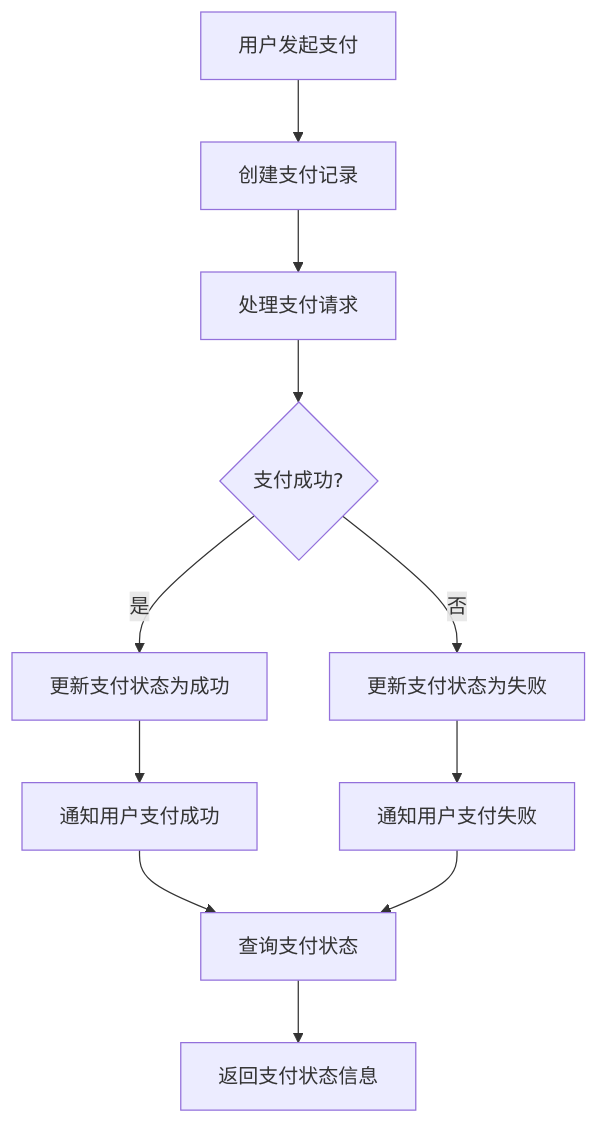
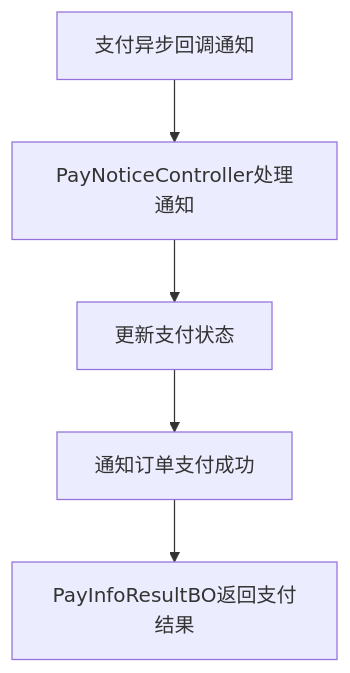
The first of 6 diagrams in aider/templates/mall4cloud-payment/README.md (Symbolk/aider), drawn with Mermaid before and after one commit. The commit also changed other lines of this file and 3 other files, not shown here.

````diff
--- a/aider/templates/mall4cloud-payment/README.md
+++ b/aider/templates/mall4cloud-payment/README.md
@@ -36,13 +34,7 @@
 ```mermaid
 graph TD
-    A[用户发起支付] --> B[创建支付记录]
-    B --> C[处理支付请求]
-    C --> D{支付成功?}
-    D -- 是 --> E[更新支付状态为成功]
-    D -- 否 --> F[更新支付状态为失败]
-    E --> G[通知用户支付成功]
-    F --> H[通知用户支付失败]
-    G --> I[查询支付状态]
-    H --> I
-    I --> J[返回支付状态信息]
+    A[支付异步回调通知] --> B[PayNoticeController处理通知]
+    B --> C[更新支付状态]
+    C --> D[通知订单支付成功]
+    D --> E[PayInfoResultBO返回支付结果]
 ```
````
